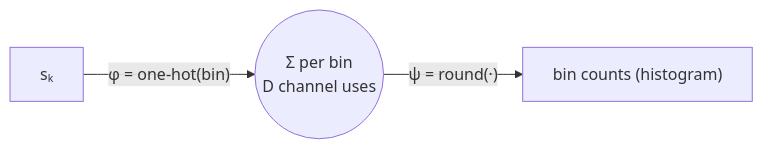
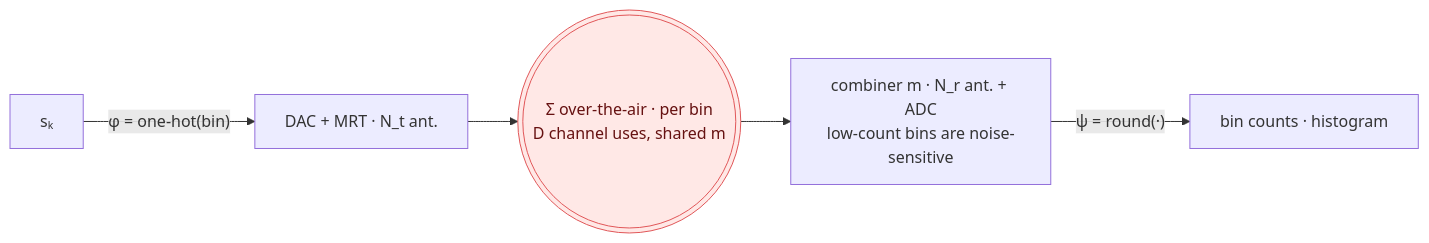
Diagram 11 of 13 in README.md (wincle626/OverAirCompute), drawn with Mermaid before and after one commit. The commit also changed other lines of this file, not shown here.

````diff
--- a/README.md
+++ b/README.md
@@ -306,4 +354,9 @@
 ```mermaid
 flowchart LR
-    a["sₖ"] -->|"φ = one-hot(bin)"| S(("Σ per bin<br/>D channel uses")) -->|"ψ = round(·)"| r["bin counts  (histogram)"]
+    s["sₖ"] -->|"φ = one-hot(bin)"| tx["DAC + MRT · N_t ant."]
+    tx --> air((("Σ over-the-air · per bin<br/>D channel uses, shared m")))
+    air --> rx["combiner m · N_r ant. + ADC<br/>low-count bins are noise-sensitive"]
+    rx -->|"ψ = round(·)"| r["bin counts  ·  histogram"]
+    classDef hot fill:#ffe8e6,stroke:#E15759,color:#611;
+    class air hot;
 ```
````
